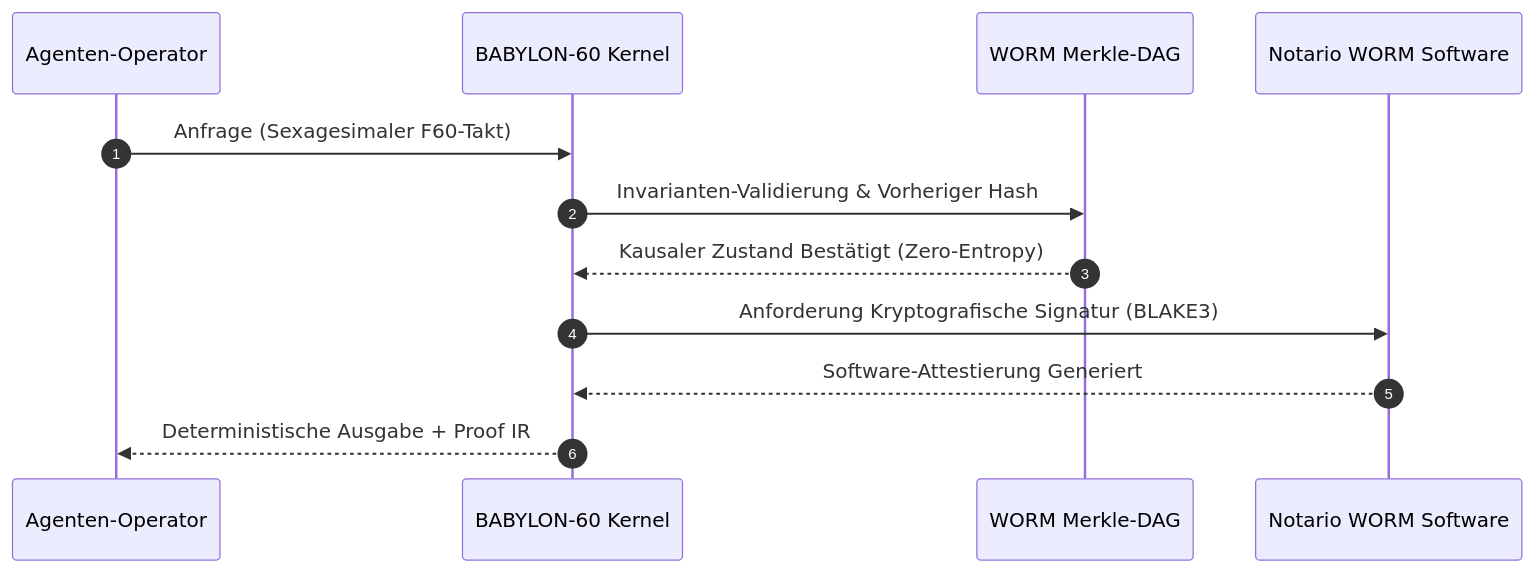
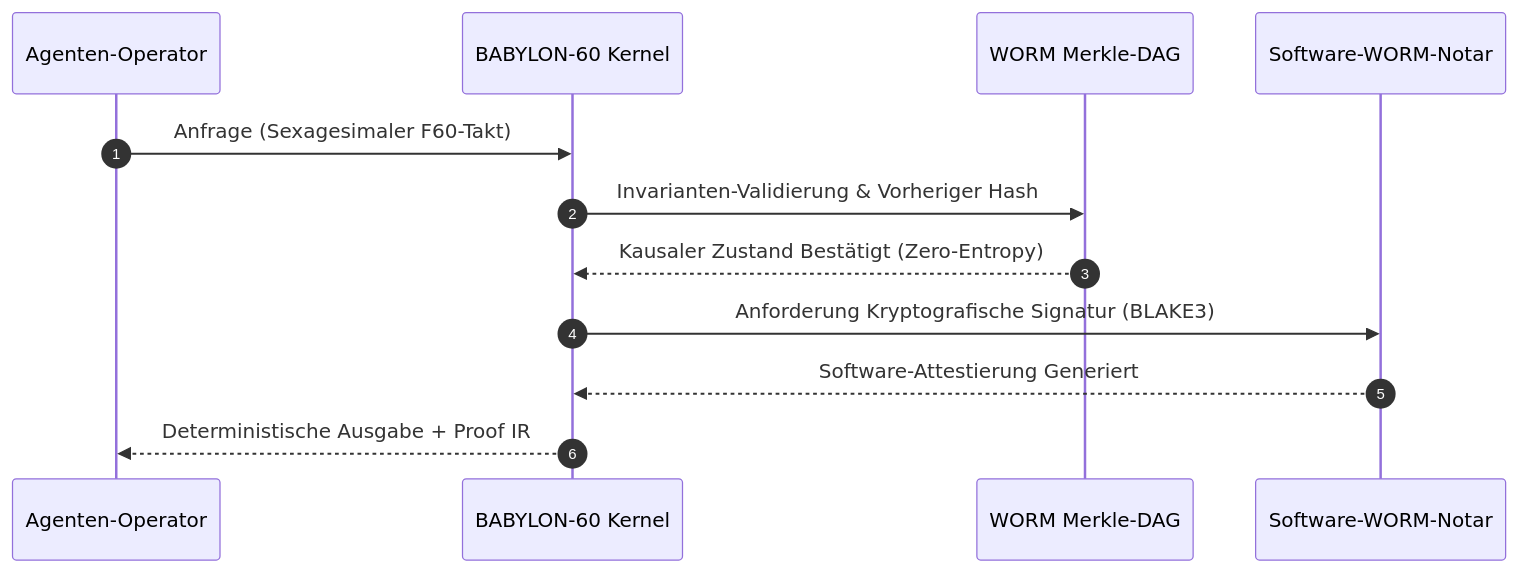
Before and after one commit to borjamoskv/BABYLON-60: the first of 2 diagrams in docs/audits/certificates/COMPLIANCE_CERTIFICATE_DE.md, drawn with Mermaid. The commit also changed other lines of this file, not shown here.

Commit message:
docs(audits): epistemic purge — relabel TPM/enclave claims as software WORM + roadmap (COMPLIANCE_CERTIFICATE_DE.md)

````diff
--- a/docs/audits/certificates/COMPLIANCE_CERTIFICATE_DE.md
+++ b/docs/audits/certificates/COMPLIANCE_CERTIFICATE_DE.md
@@ -34,15 +34,15 @@
 ```mermaid
 sequenceDiagram
     autonumber
     participant OP as Agenten-Operator
     participant B60 as BABYLON-60 Kernel
     participant DAG as WORM Merkle-DAG
-    participant TPM as Notario WORM Software
+    participant TPM as Software-WORM-Notar
     
     OP->>B60: Anfrage (Sexagesimaler F60-Takt)
     B60->>DAG: Invarianten-Validierung & Vorheriger Hash
     DAG-->>B60: Kausaler Zustand Bestätigt (Zero-Entropy)
     B60->>TPM: Anforderung Kryptografische Signatur (BLAKE3)
     TPM-->>B60: Software-Attestierung Generiert
     B60-->>OP: Deterministische Ausgabe + Proof IR
 ```
````
